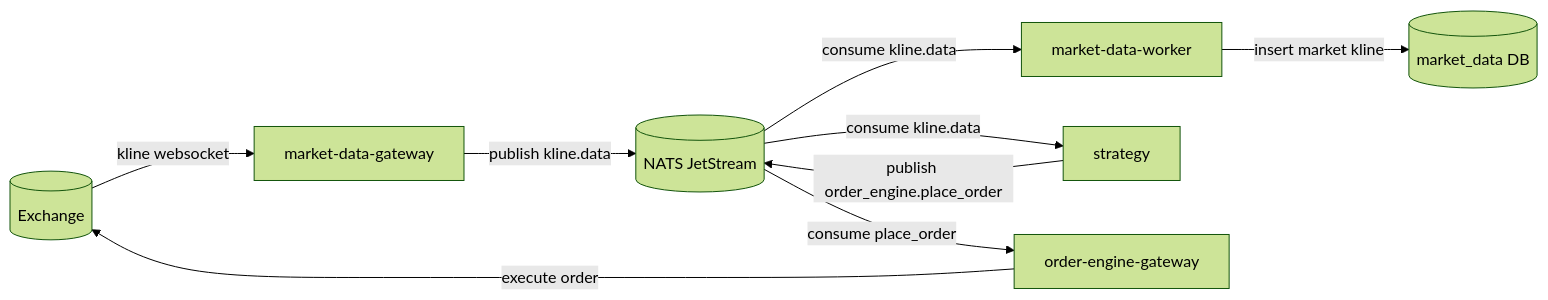
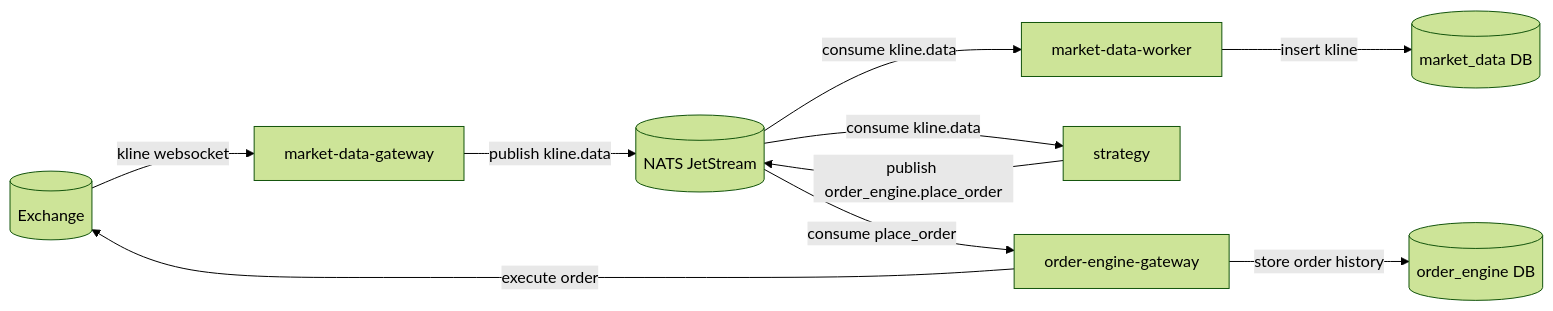
Before and after one commit to krobus00/hft-service: the diagram in README.md, drawn with Mermaid (forest theme). The commit also changed other lines of this file and 1 other file, not shown here.

````diff
--- a/README.md
+++ b/README.md
@@ -14,19 +16,21 @@
 ```mermaid
 flowchart LR
   EX[(Exchange)]
+  NATS[(NATS JetStream)]
   MDG[market-data-gateway]
-  NATS[(NATS JetStream)]
   MDW[market-data-worker]
-  MDB[(market_data DB)]
   STRAT[strategy]
   OEG[order-engine-gateway]
+  MDB[(market_data DB)]
+  ODB[(order_engine DB)]
 
   EX -->|kline websocket| MDG
   MDG -->|publish kline.data| NATS
   NATS -->|consume kline.data| MDW
-  MDW -->|insert market kline| MDB
   NATS -->|consume kline.data| STRAT
+  MDW -->|insert kline| MDB
   STRAT -->|publish order_engine.place_order| NATS
   NATS -->|consume place_order| OEG
   OEG -->|execute order| EX
+  OEG -->|store order history| ODB
 ```
````
